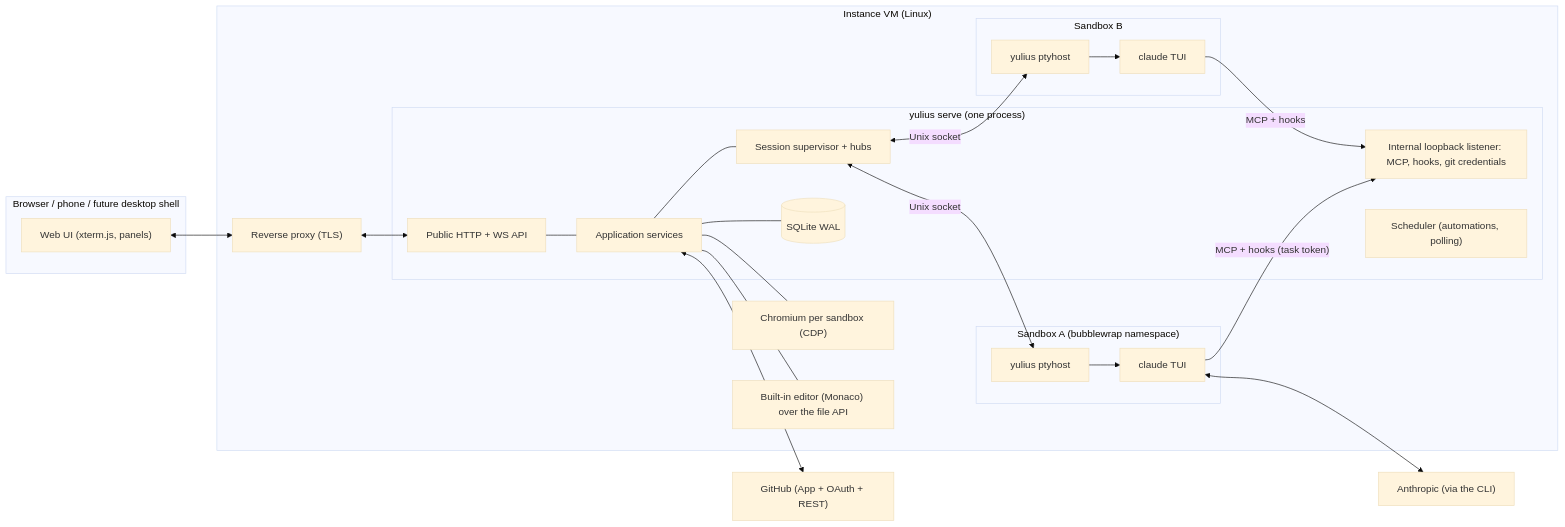
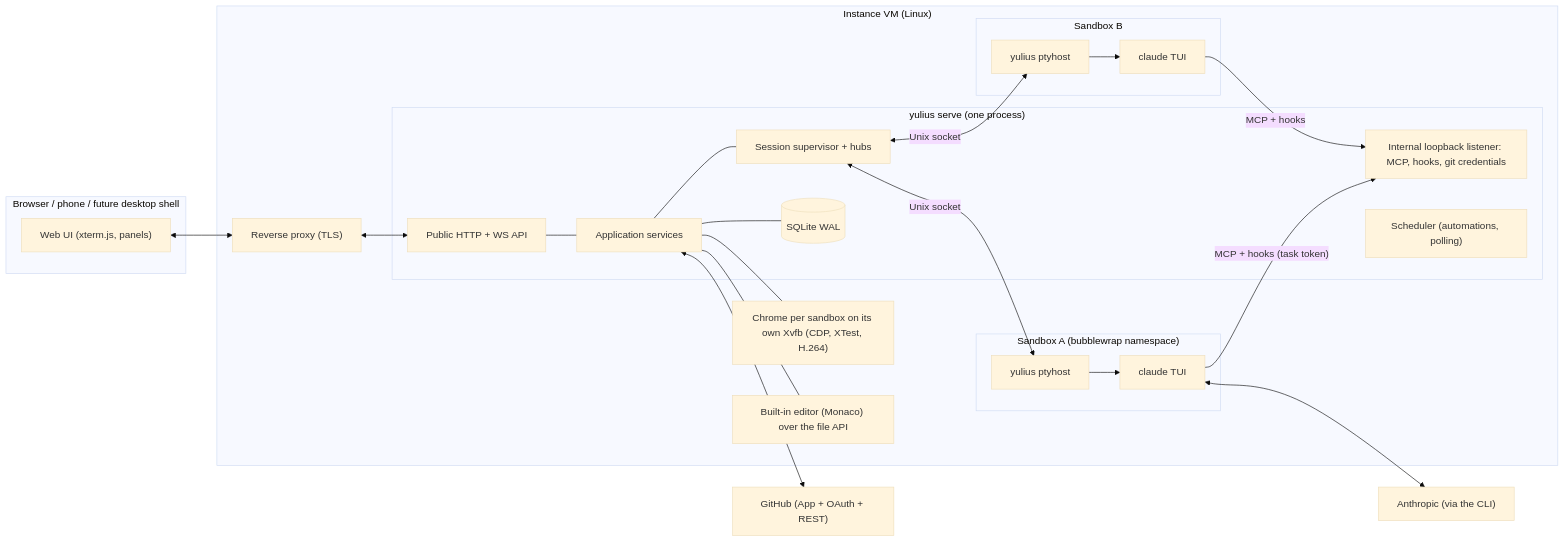
One commit to Quartio-Studio/yulius changed the diagram in .ai/specs/SPEC-002-yulius-architecture.md. Above: the diagram before and after it, drawn with Mermaid (base theme). The commit also changed other lines of this file and 51 other files, not shown here.

First line of the commit message:
feat(browser): stream the real sandbox Chrome as video with real input (#108)

````diff
--- a/.ai/specs/SPEC-002-yulius-architecture.md
+++ b/.ai/specs/SPEC-002-yulius-architecture.md
@@ -16,38 +16,38 @@
 ```mermaid
 flowchart LR
   subgraph Browser["Browser / phone / future desktop shell"]
     UI["Web UI (xterm.js, panels)"]
   end
   subgraph VM["Instance VM (Linux)"]
     RP["Reverse proxy (TLS)"]
     subgraph Server["yulius serve (one process)"]
       API["Public HTTP + WS API"]
       INT["Internal loopback listener: MCP, hooks, git credentials"]
       APP["Application services"]
       SUP["Session supervisor + hubs"]
       SCH["Scheduler (automations, polling)"]
       DB[("SQLite WAL")]
     end
     subgraph SB1["Sandbox A (bubblewrap namespace)"]
       PH1["yulius ptyhost"] --> AG1["claude TUI"]
     end
     subgraph SB2["Sandbox B"]
       PH2["yulius ptyhost"] --> AG2["claude TUI"]
     end
-    CR["Chromium per sandbox (CDP)"]
+    CR["Chrome per sandbox on its own Xvfb (CDP, XTest, H.264)"]
     VS["Built-in editor (Monaco) over the file API"]
   end
   GH["GitHub (App + OAuth + REST)"]
   PR["Anthropic (via the CLI)"]
   UI <--> RP <--> API
   API --- APP --- DB
   APP --- SUP
   SUP <-->|"Unix socket"| PH1
   SUP <-->|"Unix socket"| PH2
   AG1 -->|"MCP + hooks (task token)"| INT
   AG2 -->|"MCP + hooks"| INT
   APP <--> GH
   AG1 <--> PR
   APP --- CR
   APP --- VS
 ```
````
